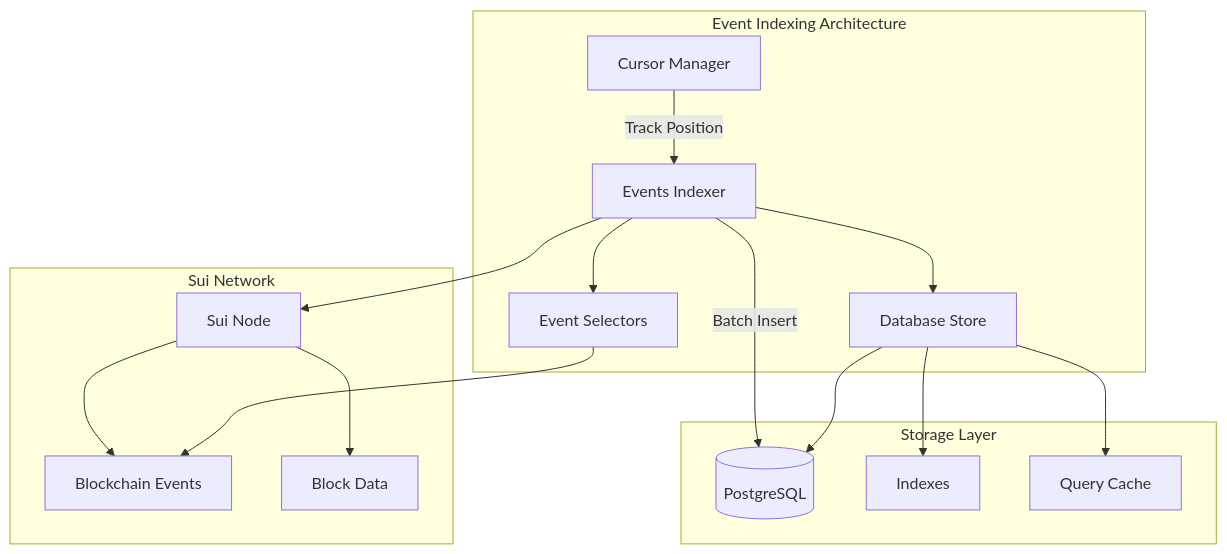
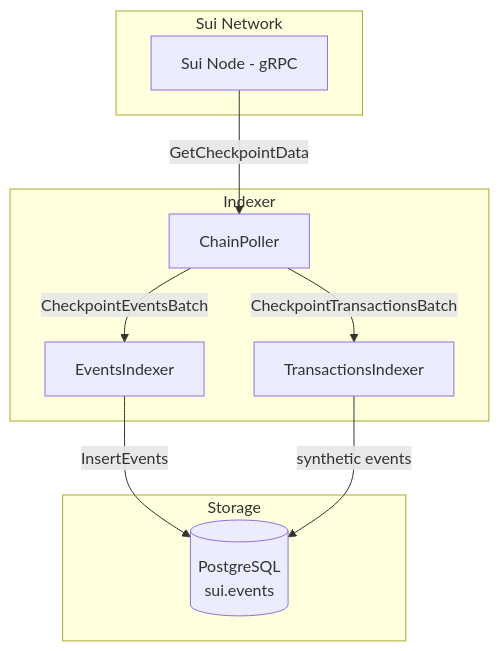
The diagram in documentation/relayer/event-indexing.md (smartcontractkit/chainlink-sui), drawn with Mermaid before and after one commit. The commit also changed other lines of this file and 7 other files, not shown here.

````diff
--- a/documentation/relayer/event-indexing.md
+++ b/documentation/relayer/event-indexing.md
@@ -30,34 +17,22 @@
 ```mermaid
 graph TB
-    subgraph "Event Indexing Architecture"
-        EI[Events Indexer]
-        ES[Event Selectors]
-        DB[Database Store]
-        CM[Cursor Manager]
+    subgraph "Sui Network"
+        Node[Sui Node - gRPC]
     end
-    
-    subgraph "Sui Network"
-        Node[Sui Node]
-        Events[Blockchain Events]
-        Blocks[Block Data]
+
+    subgraph "Indexer"
+        CP[ChainPoller]
+        EI[EventsIndexer]
+        TI[TransactionsIndexer]
     end
-    
-    subgraph "Storage Layer"
-        PG[(PostgreSQL)]
-        IDX[Indexes]
-        CACHE[Query Cache]
+
+    subgraph "Storage"
+        PG[(PostgreSQL<br/>sui.events)]
     end
-    
-    EI --> ES
-    EI --> Node
-    EI --> DB
-    ES --> Events
-    Node --> Events
-    Node --> Blocks
-    DB --> PG
-    DB --> IDX
-    DB --> CACHE
-    
-    CM --> |"Track Position"| EI
-    EI --> |"Batch Insert"| PG
+
+    Node -->|GetCheckpointData| CP
+    CP -->|CheckpointEventsBatch| EI
+    CP -->|CheckpointTransactionsBatch| TI
+    EI -->|InsertEvents| PG
+    TI -->|synthetic events| PG
 ```
````
